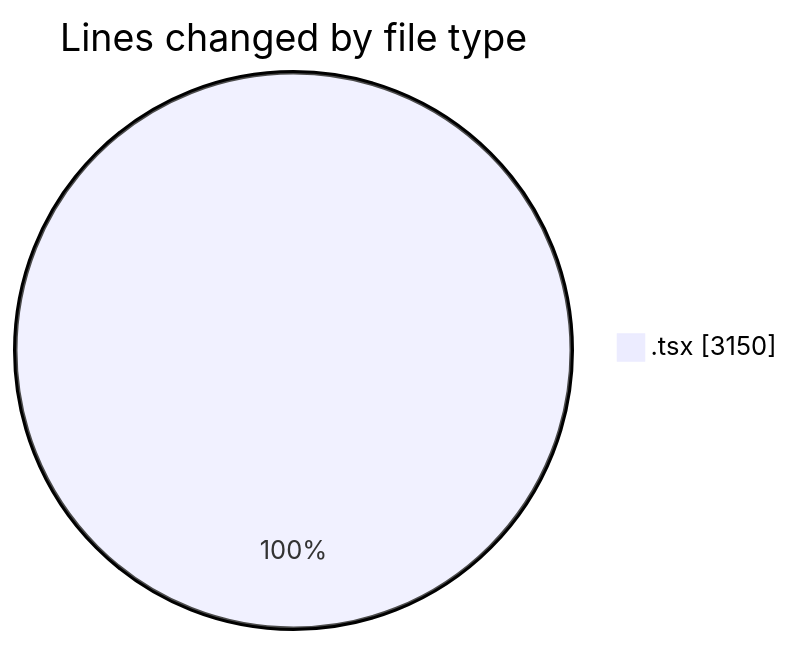
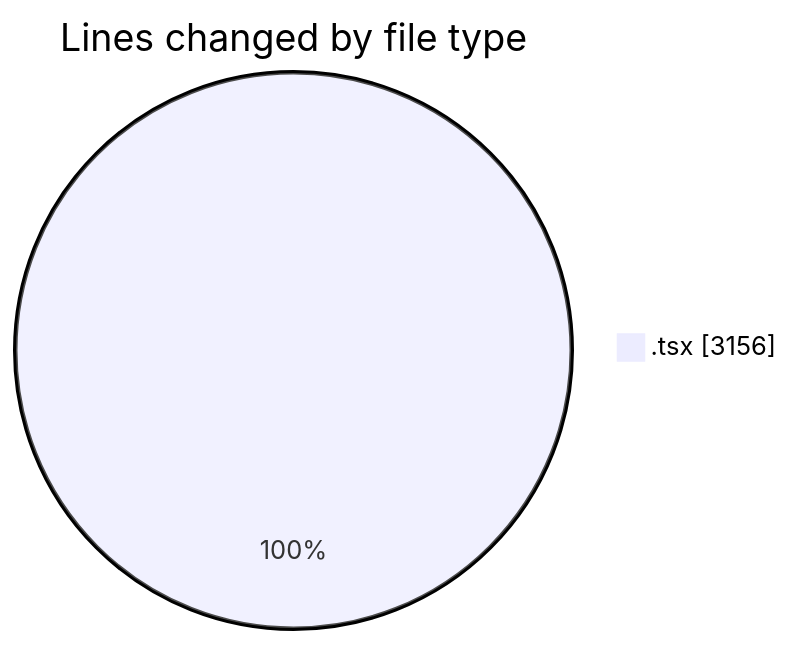
The first of 2 diagrams in 2026-04-05/nxtqube_webapp/README.md (nxtqubesakshisongat/code-tracking), drawn with Mermaid before and after one commit. The commit also changed other lines of this file and 1 other file, not shown here.

````diff
--- a/2026-04-05/nxtqube_webapp/README.md
+++ b/2026-04-05/nxtqube_webapp/README.md
@@ -23,5 +23,5 @@
 ```mermaid
 pie showData
 title Lines changed by file type
-".tsx" : 3150
+".tsx" : 3156
 ```
````
